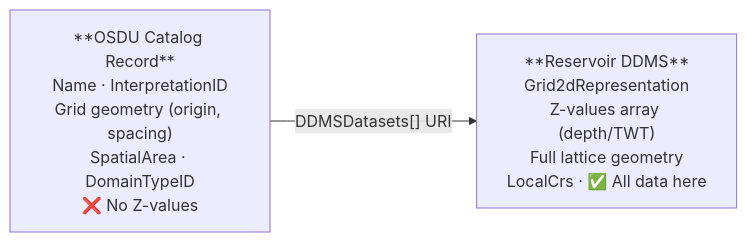
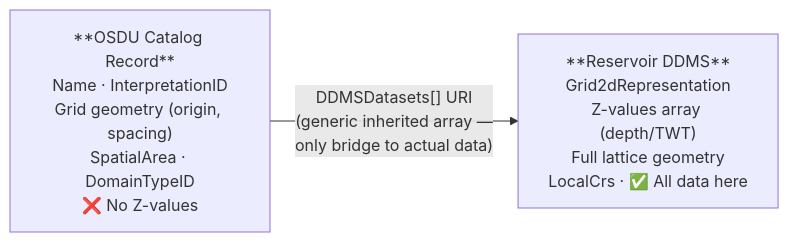
The first of 12 diagrams in md/SeisInt.md (marcusapel/ores), drawn with Mermaid before and after one commit. The commit also changed other lines of this file and 61 other files, not shown here.

````diff
--- a/md/SeisInt.md
+++ b/md/SeisInt.md
@@ -40,6 +42,6 @@
 ```mermaid
 flowchart LR
     OSDU["**OSDU Catalog Record**<br/>Name · InterpretationID<br/>Grid geometry (origin, spacing)<br/>SpatialArea · DomainTypeID<br/>❌ No Z-values"]
     RDDMS["**Reservoir DDMS**<br/>Grid2dRepresentation<br/>Z-values array (depth/TWT)<br/>Full lattice geometry<br/>LocalCrs · ✅ All data here"]
-    OSDU -- "DDMSDatasets[] URI" --> RDDMS
+    OSDU -- "DDMSDatasets[] URI<br/>(generic inherited array —<br/>only bridge to actual data)" --> RDDMS
 ```
````
